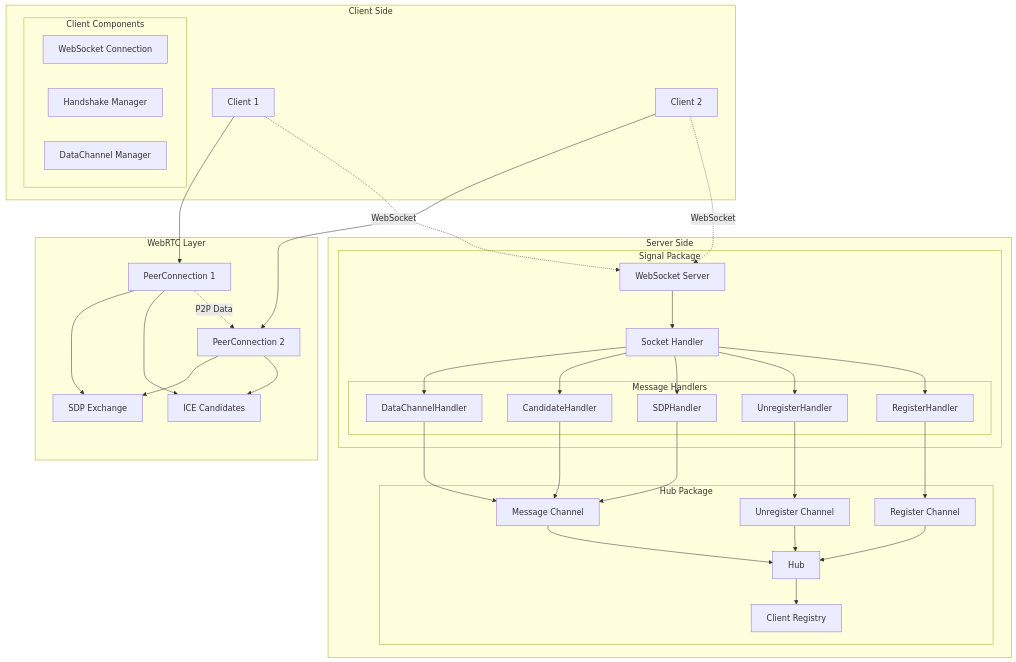
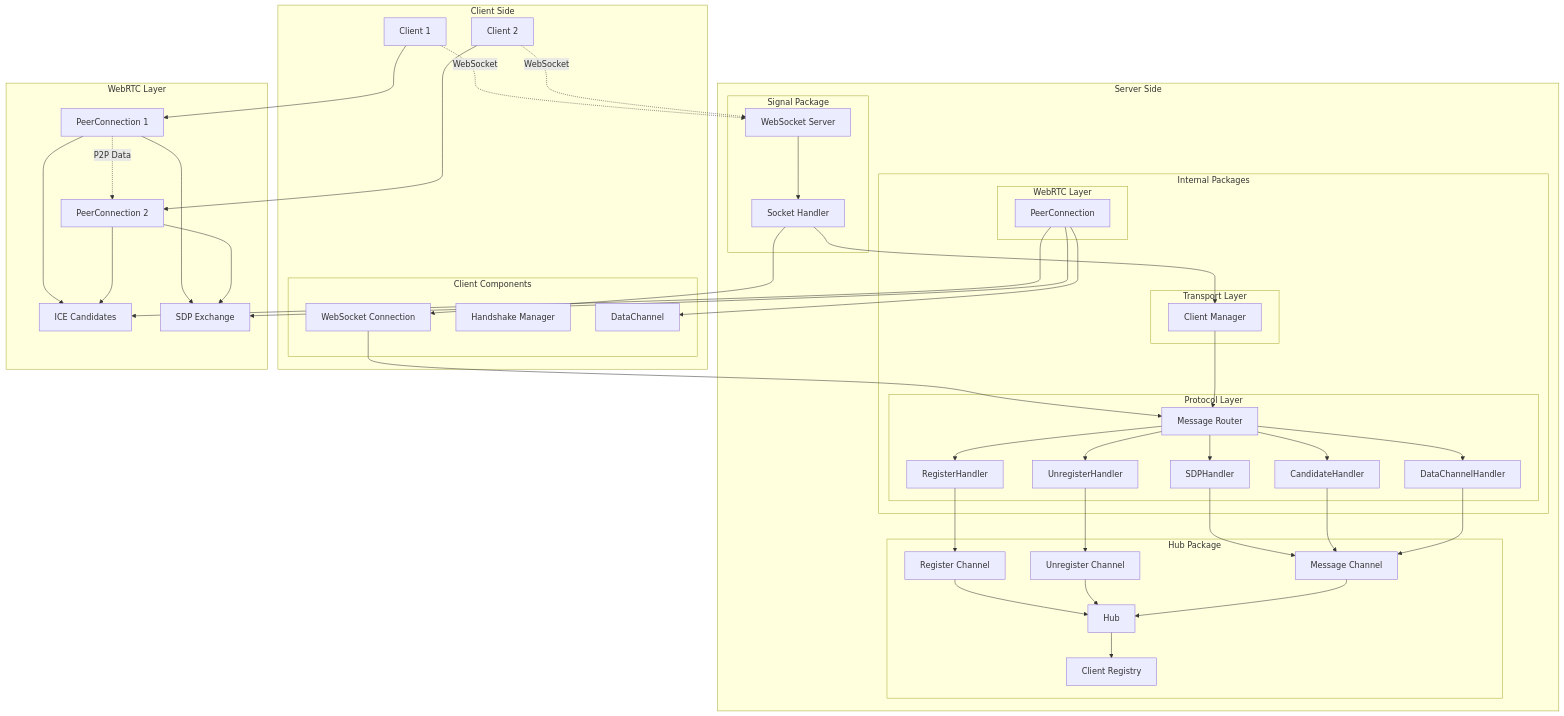
Before and after one commit to HMasataka/conic: the second of 2 diagrams in README.md, drawn with Mermaid. The commit also changed other lines of this file, not shown here.

```diff
--- a/README.md
+++ b/README.md
@@ -274,13 +305,26 @@
         subgraph "Signal Package"
             WSS[WebSocket Server]
             SOC[Socket Handler]
+        end
 
-            subgraph "Message Handlers"
+        subgraph "Internal Packages"
+            subgraph "Transport Layer"
+                WS[WebSocket Connection]
+                CLI[Client Manager]
+            end
+
+            subgraph "Protocol Layer"
+                RTR[Message Router]
                 RH[RegisterHandler]
                 UH[UnregisterHandler]
                 SH[SDPHandler]
                 CH[CandidateHandler]
                 DH[DataChannelHandler]
+            end
+
+            subgraph "WebRTC Layer"
+                PC[PeerConnection]
+                DC[DataChannel]
             end
         end
 
@@ -304,11 +348,19 @@
     C2 -.->|WebSocket| WSS
 
     WSS --> SOC
-    SOC --> RH
-    SOC --> UH
-    SOC --> SH
-    SOC --> CH
-    SOC --> DH
+    SOC --> WS
+    SOC --> CLI
+
+    WS --> RTR
+    CLI --> RTR
+
+    RTR --> RH
+    RTR --> UH
+    RTR --> SH
+    RTR --> CH
+    RTR --> DH
+
+    PC --> DC
 
     RH --> REG
     UH --> UNREG
@@ -326,6 +378,9 @@
     C2 --> PC2
     PC1 -.->|P2P Data| PC2
 
+    PC --> ICE
+    PC --> SDP
+
     PC1 --> ICE
     PC2 --> ICE
     PC1 --> SDP
```
